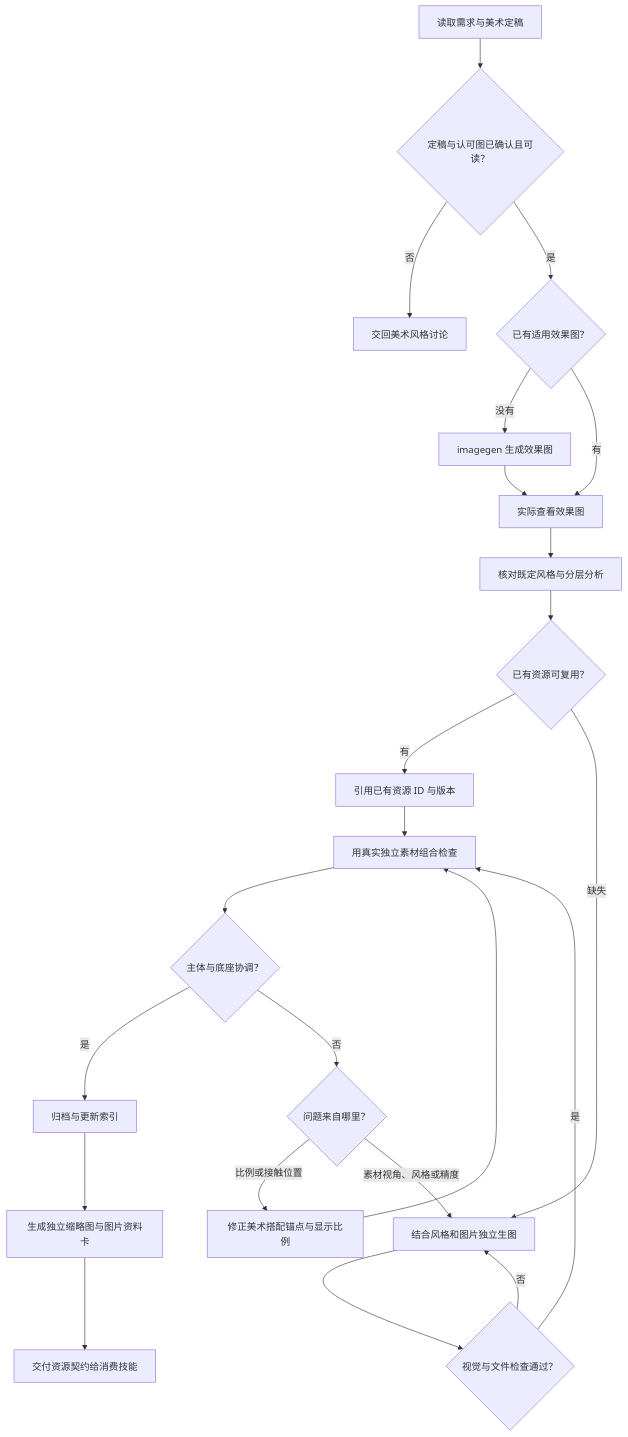
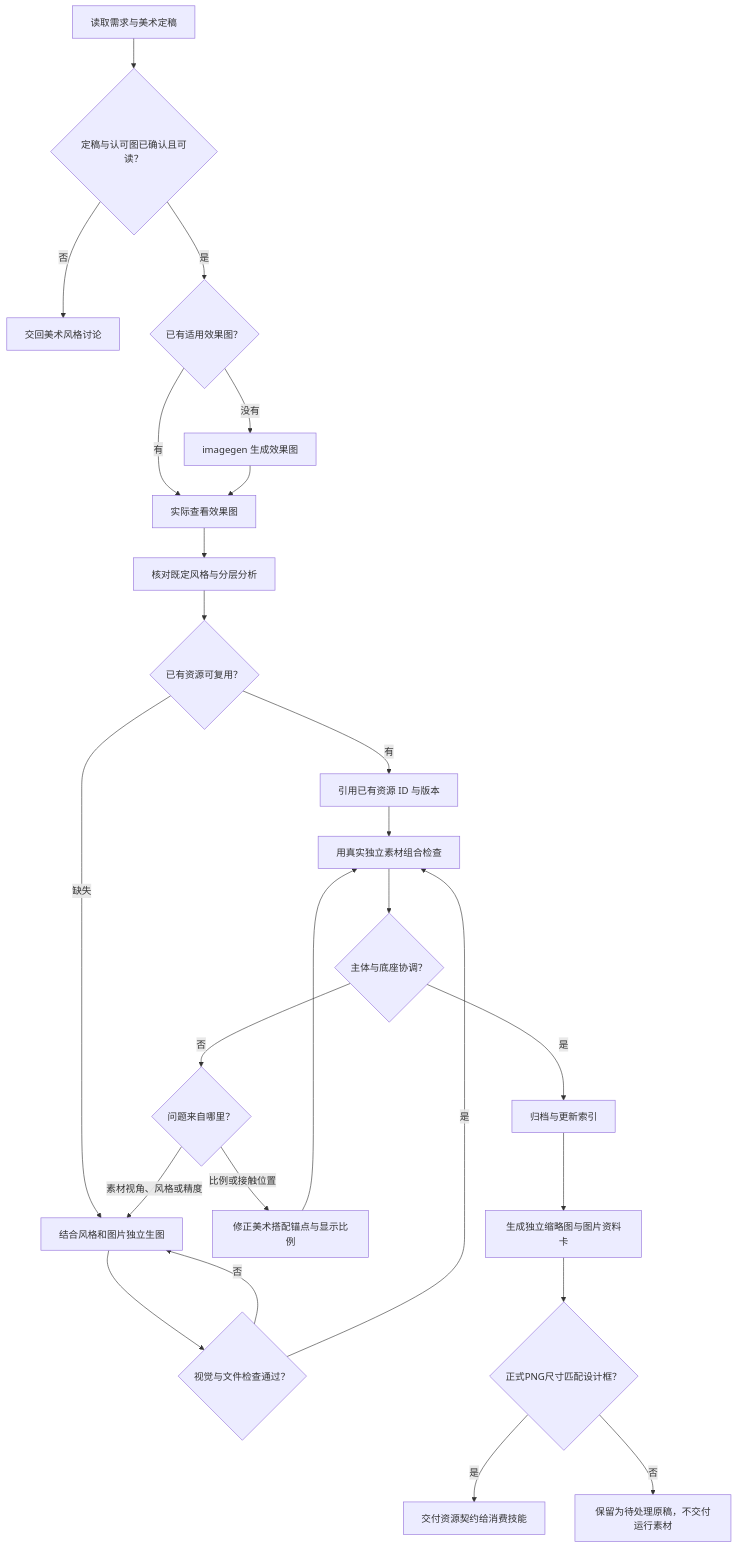
Before and after one commit to 229196637/game-development-skills: the diagram in game-layered-art/SKILL.md, drawn with Mermaid. The commit also changed other lines of this file and 8 other files, not shown here.

````diff
--- a/game-layered-art/SKILL.md
+++ b/game-layered-art/SKILL.md
@@ -15,35 +15,38 @@
 ```mermaid
 flowchart TD
   A[读取需求与美术定稿] --> Ready{定稿与认可图已确认且可读？}
   Ready -->|否| Talk[交回美术风格讨论]
   Ready -->|是| B{已有适用效果图？}
   B -->|没有| C[imagegen 生成效果图]
   B -->|有| D[实际查看效果图]
   C --> D
   D --> E[核对既定风格与分层分析]
   E --> F{已有资源可复用？}
   F -->|有| G[引用已有资源 ID 与版本]
   F -->|缺失| H[结合风格和图片独立生图]
   H --> I{视觉与文件检查通过？}
   I -->|否| H
   I -->|是| P[用真实独立素材组合检查]
   G --> P
   P --> Q{主体与底座协调？}
   Q -->|是| J[归档与更新索引]
   Q -->|否| R{问题来自哪里？}
   R -->|比例或接触位置| T[修正美术搭配锚点与显示比例]
   T --> P
   R -->|素材视角、风格或精度| H
   J --> V[生成独立缩略图与图片资料卡]
-  V --> K[交付资源契约给消费技能]
+  V --> S{正式PNG尺寸匹配设计框？}
+  S -->|是| K[交付资源契约给消费技能]
+  S -->|否| W[保留为待处理原稿，不交付运行素材]
   click E "references/style.md"
   click A "../game-art-style-discussion/references/direction-contract.md"
   click Talk "../game-art-style-discussion/SKILL.md"
   click F "references/resources.md"
   click H "references/production.md"
   click J "references/tooling.md"
   click V "references/tooling.md"
+  click S "references/tooling.md"
   click P "references/pairing.md"
   click T "references/pairing.md"
   click K "references/resources.md"
 ```
````
